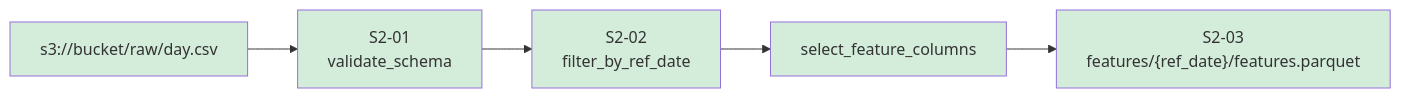
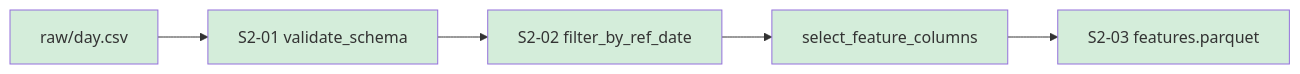
One commit to welligtoncos/bike-sharing-forecast-aws changed the second of 5 diagrams in docs/architecture.md. Above: the diagram before and after it, drawn with Mermaid. The commit also changed other lines of this file and 13 other files, not shown here.

````diff
--- a/docs/architecture.md
+++ b/docs/architecture.md
@@ -55,13 +64,13 @@
 ```mermaid
 flowchart LR
-    IN["s3://bucket/raw/day.csv"] --> V["S2-01<br/>validate_schema"]
-    V --> F["S2-02<br/>filter_by_ref_date"]
+    IN["raw/day.csv"] --> V["S2-01 validate_schema"]
+    V --> F["S2-02 filter_by_ref_date"]
     F --> S["select_feature_columns"]
-    S --> OUT["S2-03<br/>features/{ref_date}/features.parquet"]
+    S --> OUT["S2-03 features.parquet"]
 
     style IN fill:#d4edda
     style V fill:#d4edda
     style F fill:#d4edda
     style S fill:#d4edda
     style OUT fill:#d4edda
 ```
````
